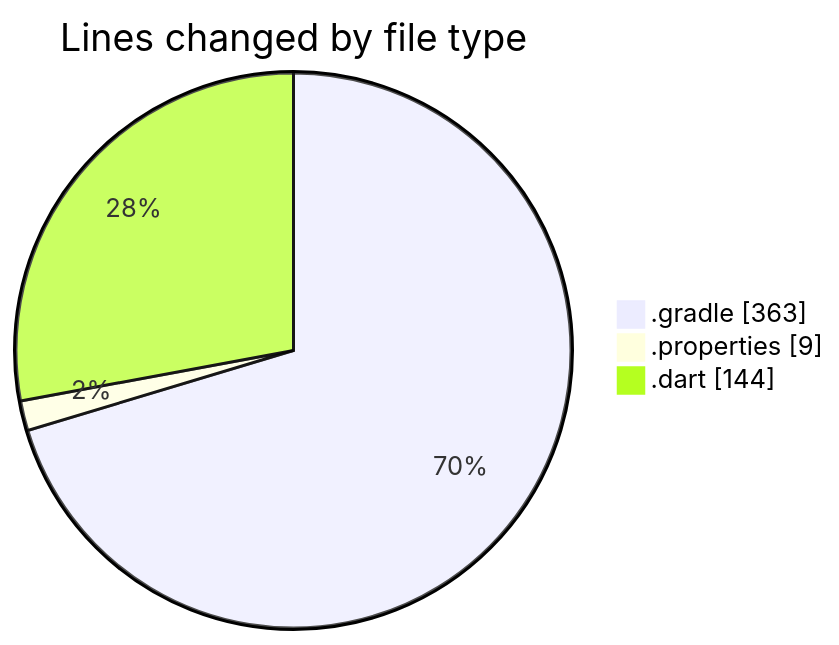
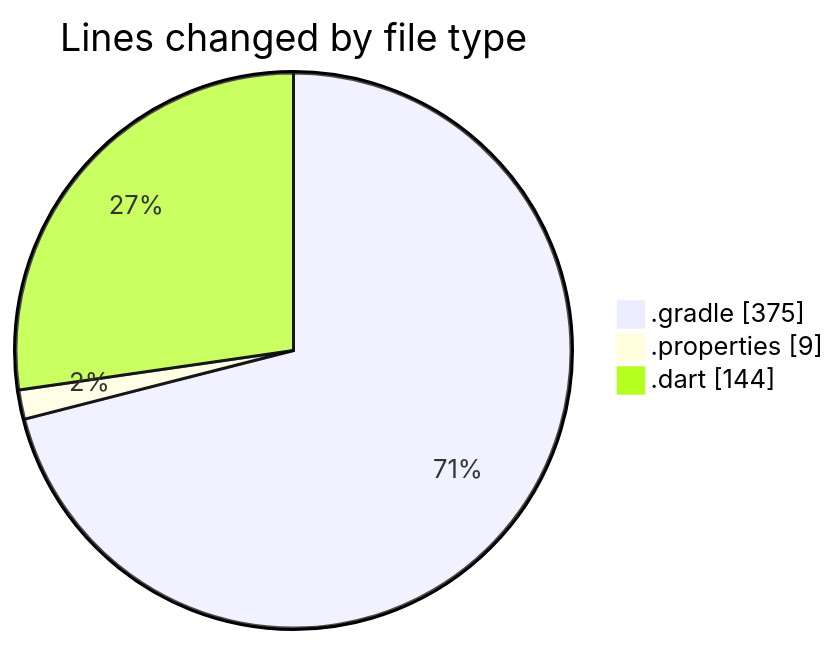
The first of 2 diagrams in 2025-02-16/trackers_app/README.md (donsfak/code-tracking), drawn with Mermaid before and after one commit. The commit also changed other lines of this file and 1 other file, not shown here.

````diff
--- a/2025-02-16/trackers_app/README.md
+++ b/2025-02-16/trackers_app/README.md
@@ -24,7 +24,7 @@
 ```mermaid
 pie showData
 title Lines changed by file type
-".gradle" : 363
+".gradle" : 375
 ".properties" : 9
 ".dart" : 144
 ```
````
